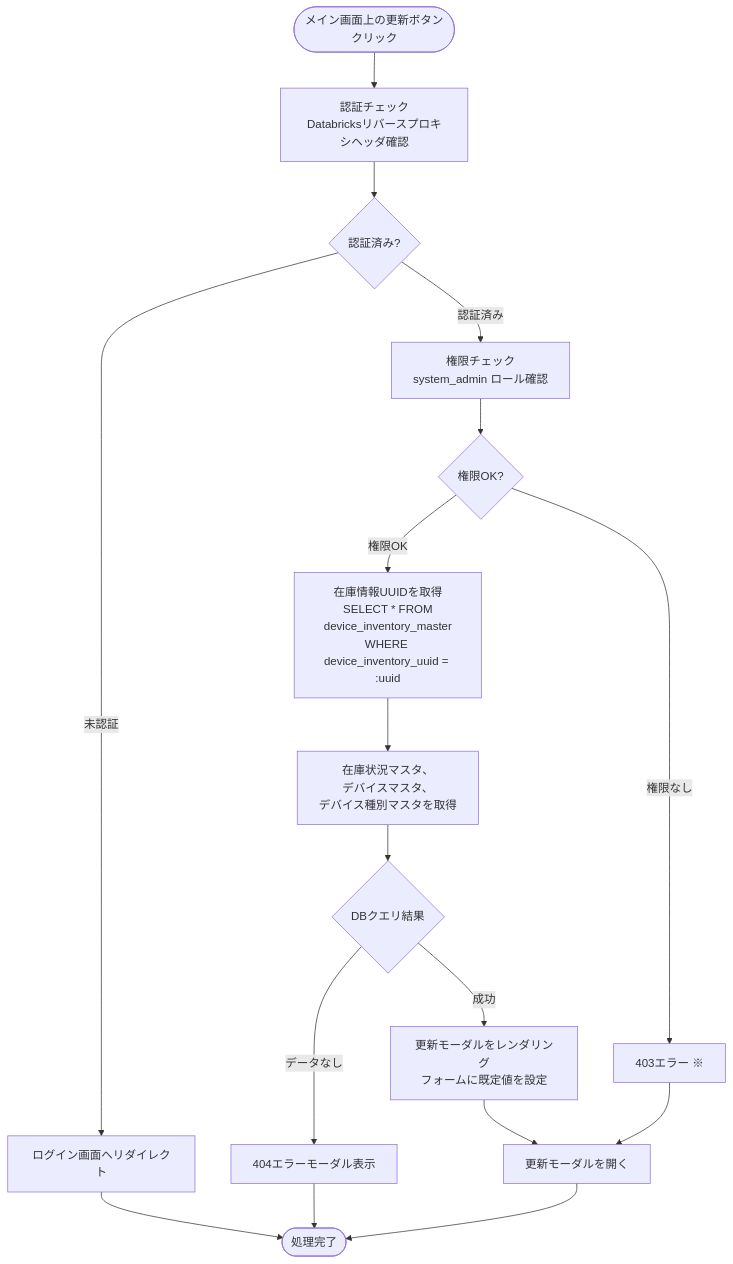
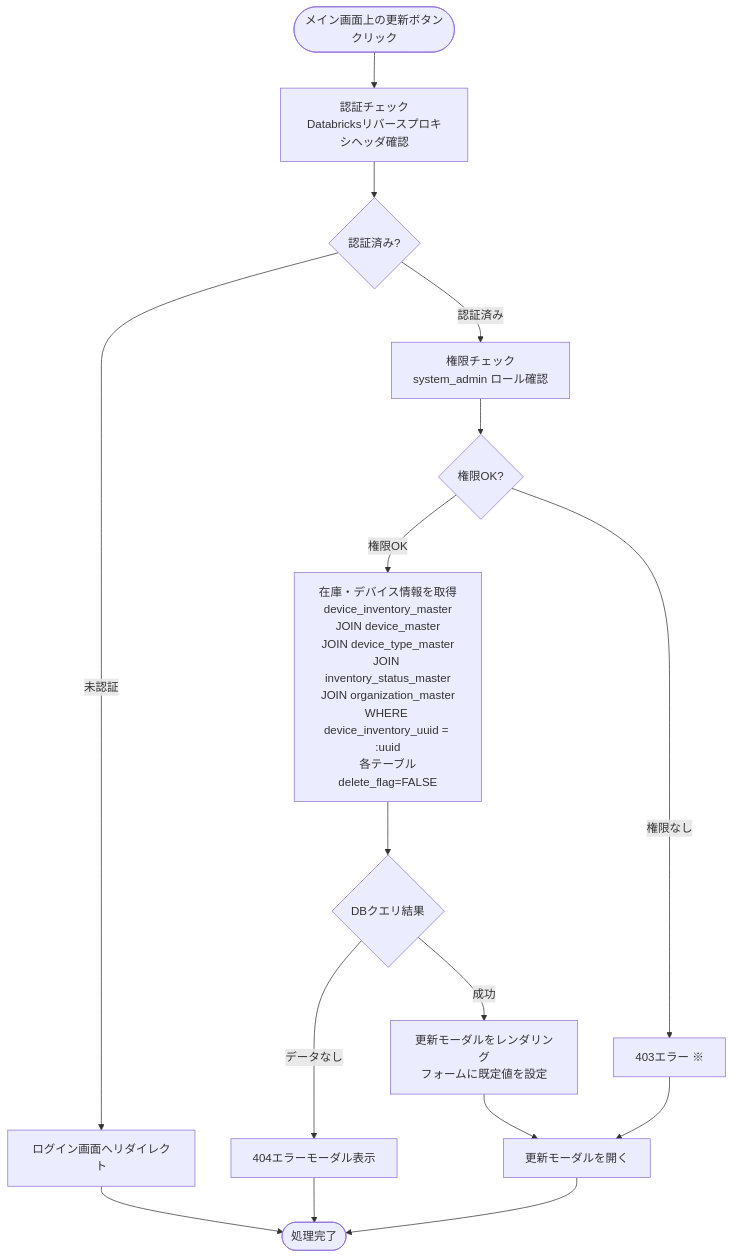
One commit to NSW-SVCP-AIWG002/Databricks-IoT changed the fifth of 9 diagrams in docs/03-features/flask-app/device-inventory/workflow-specification.md. Above: the diagram before and after it, drawn with Mermaid. The commit also changed other lines of this file and 3 other files, not shown here.

````diff
--- a/docs/03-features/flask-app/device-inventory/workflow-specification.md
+++ b/docs/03-features/flask-app/device-inventory/workflow-specification.md
@@ -593,25 +613,24 @@
 ```mermaid
 flowchart TD
     Start([メイン画面上の更新ボタン<br>クリック]) --> Auth[認証チェック<br>Databricksリバースプロキシヘッダ確認]
     Auth --> CheckAuth{認証済み?}
     CheckAuth -->|未認証| Error401[ログイン画面へリダイレクト]
     Error401 --> End([処理完了])
 
     CheckAuth -->|認証済み| Permission[権限チェック<br>system_admin ロール確認]
     Permission --> CheckPerm{権限OK?}
 
-    CheckPerm -->|権限OK| Query[在庫情報UUIDを取得<br>SELECT * FROM<br>device_inventory_master<br>WHERE device_inventory_uuid = :uuid]
-    Query --> GetMaster[在庫状況マスタ、<br>デバイスマスタ、<br>デバイス種別マスタを取得]
-    GetMaster --> CheckDB{DBクエリ結果}
+    CheckPerm -->|権限OK| Query[在庫・デバイス情報を取得<br>device_inventory_master<br>JOIN device_master<br>JOIN device_type_master<br>JOIN inventory_status_master<br>JOIN organization_master<br>WHERE device_inventory_uuid = :uuid<br>各テーブルdelete_flag=FALSE]
+    Query --> CheckDB{DBクエリ結果}
 
     CheckDB -->|データなし| Error404[404エラーモーダル表示]
     Error404 --> End
 
     CheckDB -->|成功| Template[更新モーダルをレンダリング<br>フォームに既定値を設定]
     Template --> OpenModal[更新モーダルを開く]
 
     CheckPerm -->|権限なし| Error403[403エラー ※]
     Error403 --> OpenModal
 
     OpenModal --> End
 ```
````
